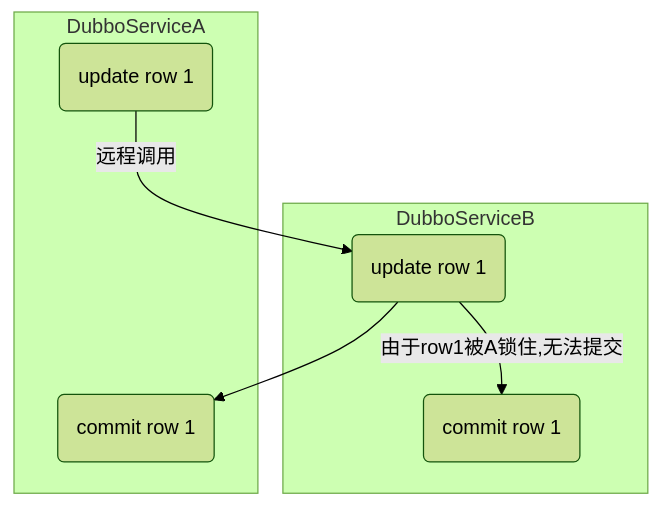
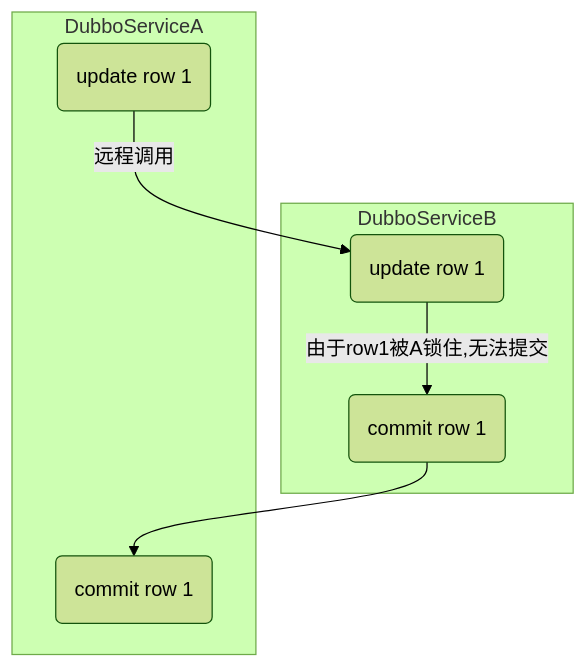
One commit to zhudongdong/docs changed the diagram in dubbo/服务治理问题案例.md. Above: the diagram before and after it, drawn with Mermaid (forest theme). The commit also changed other lines of this file, not shown here.

Commit message:
Uploaded by https://stackedit.io/

````diff
--- a/dubbo/服务治理问题案例.md
+++ b/dubbo/服务治理问题案例.md
@@ -3,16 +3,16 @@
 ```mermaid
 graph TB
 
 subgraph DubboServiceB
 c(update row 1)
 d(commit row 1)
 end
 subgraph DubboServiceA
 a(update row 1)
 b(commit row 1)
 
 a --远程调用--> c
-c --> b
+d --> b
 c --由于row1被A锁住,无法提交--> d
 end
 ```
````
